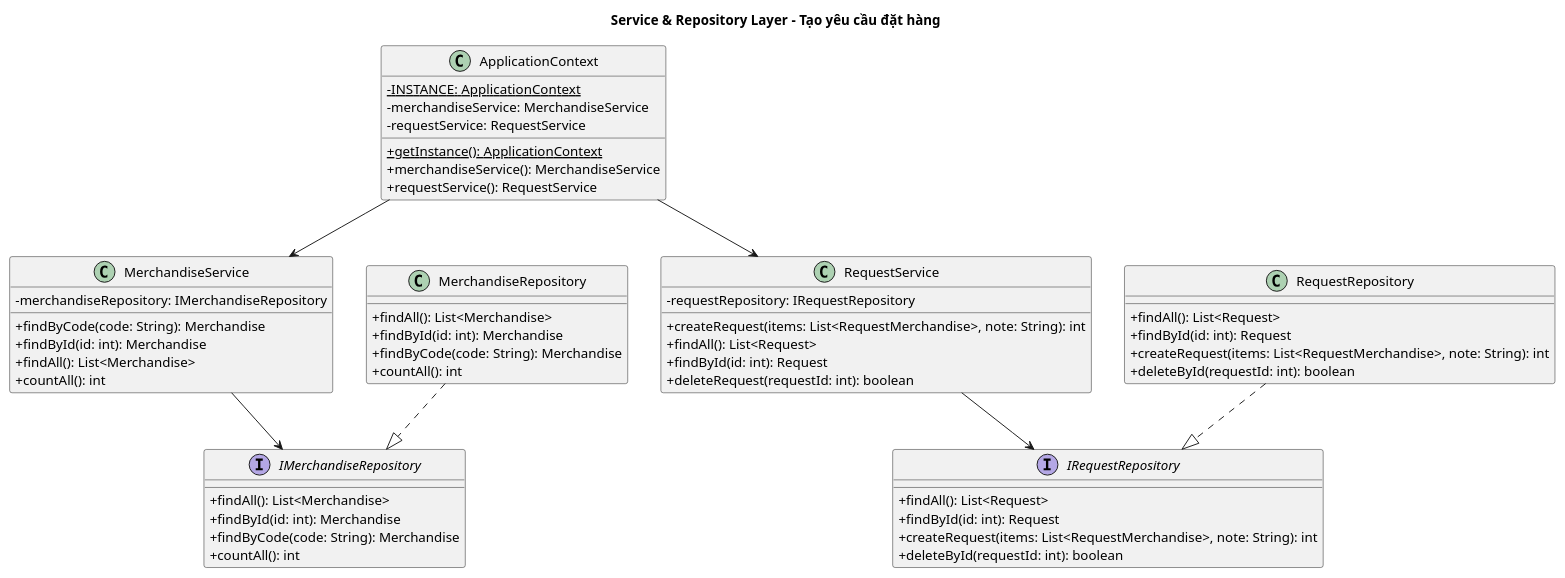
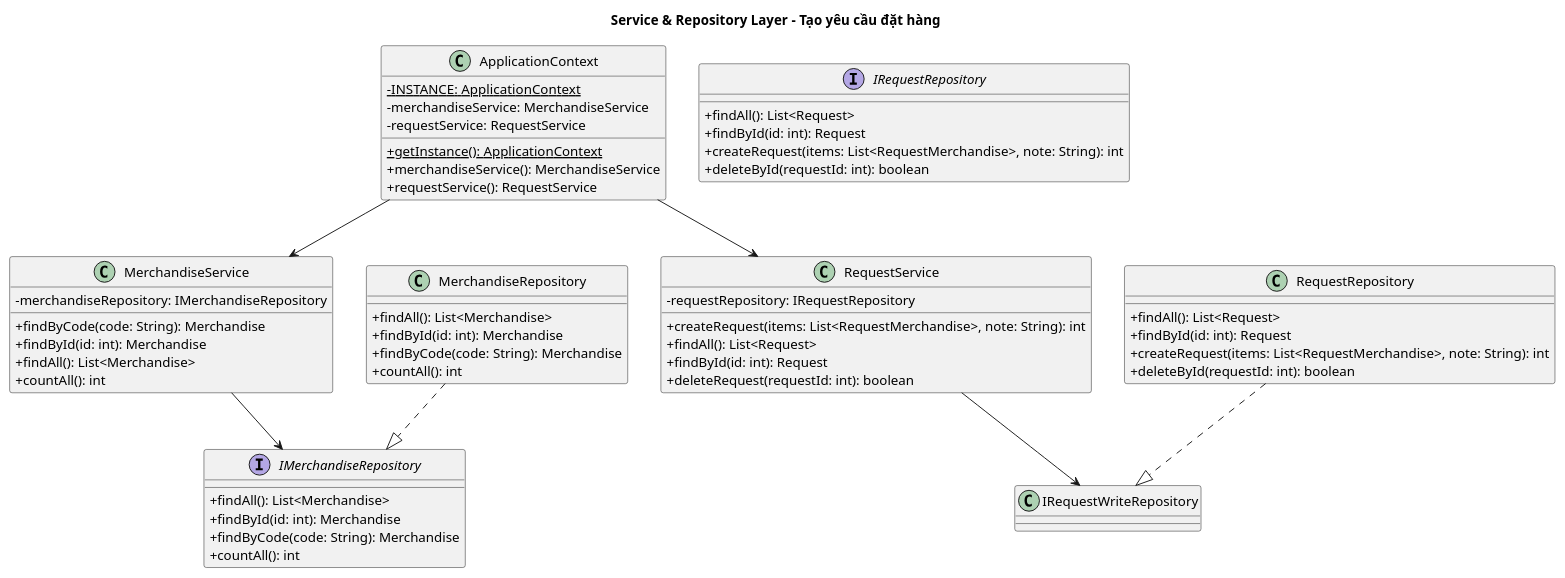
Before and after one commit to NeoCyber05/PRJ_ITSS: the diagram in docs/cd_2_service_repository.puml, drawn with PlantUML. The commit also changed 12 other files, not shown here.

Commit message:
update refactor RequestRepository

```diff
--- a/docs/cd_2_service_repository.puml
+++ b/docs/cd_2_service_repository.puml
@@ -1,67 +1,67 @@
 @startuml class_diagram_service_repository
 
 skinparam classAttributeIconSize 0
 
 title Service & Repository Layer - Tạo yêu cầu đặt hàng
 
 class ApplicationContext {
     - {static} INSTANCE: ApplicationContext
     - merchandiseService: MerchandiseService
     - requestService: RequestService
     + {static} getInstance(): ApplicationContext
     + merchandiseService(): MerchandiseService
     + requestService(): RequestService
 }
 
 class MerchandiseService {
     - merchandiseRepository: IMerchandiseRepository
     + findByCode(code: String): Merchandise
     + findById(id: int): Merchandise
     + findAll(): List<Merchandise>
     + countAll(): int
 }
 
 class RequestService {
     - requestRepository: IRequestRepository
     + createRequest(items: List<RequestMerchandise>, note: String): int
     + findAll(): List<Request>
     + findById(id: int): Request
     + deleteRequest(requestId: int): boolean
 }
 
 interface IMerchandiseRepository {
     + findAll(): List<Merchandise>
     + findById(id: int): Merchandise
     + findByCode(code: String): Merchandise
     + countAll(): int
 }
 
 interface IRequestRepository {
     + findAll(): List<Request>
     + findById(id: int): Request
     + createRequest(items: List<RequestMerchandise>, note: String): int
     + deleteById(requestId: int): boolean
 }
 
 class MerchandiseRepository {
     + findAll(): List<Merchandise>
     + findById(id: int): Merchandise
     + findByCode(code: String): Merchandise
     + countAll(): int
 }
 
 class RequestRepository {
     + findAll(): List<Request>
     + findById(id: int): Request
     + createRequest(items: List<RequestMerchandise>, note: String): int
     + deleteById(requestId: int): boolean
 }
 
 ApplicationContext --> MerchandiseService
 ApplicationContext --> RequestService
 MerchandiseService --> IMerchandiseRepository
-RequestService --> IRequestRepository
+RequestService --> IRequestWriteRepository
 MerchandiseRepository ..|> IMerchandiseRepository
-RequestRepository ..|> IRequestRepository
+RequestRepository ..|> IRequestWriteRepository
 
 @enduml
```
